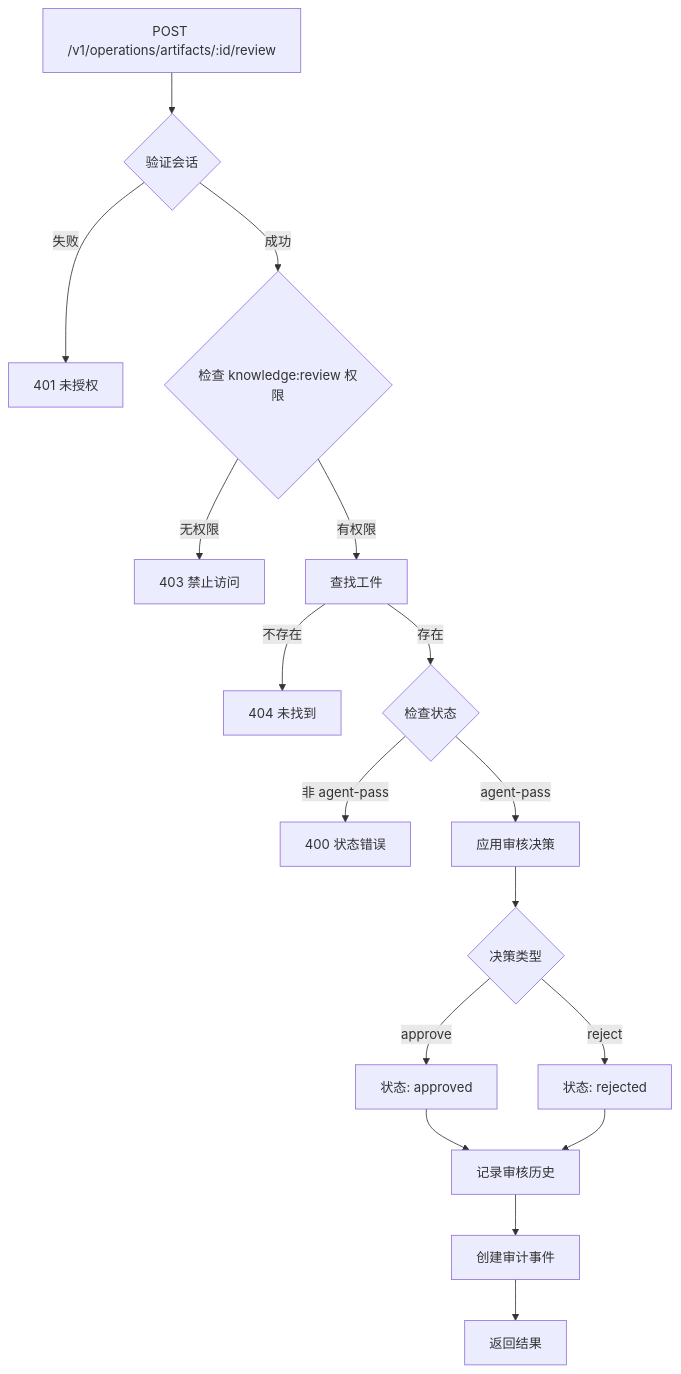
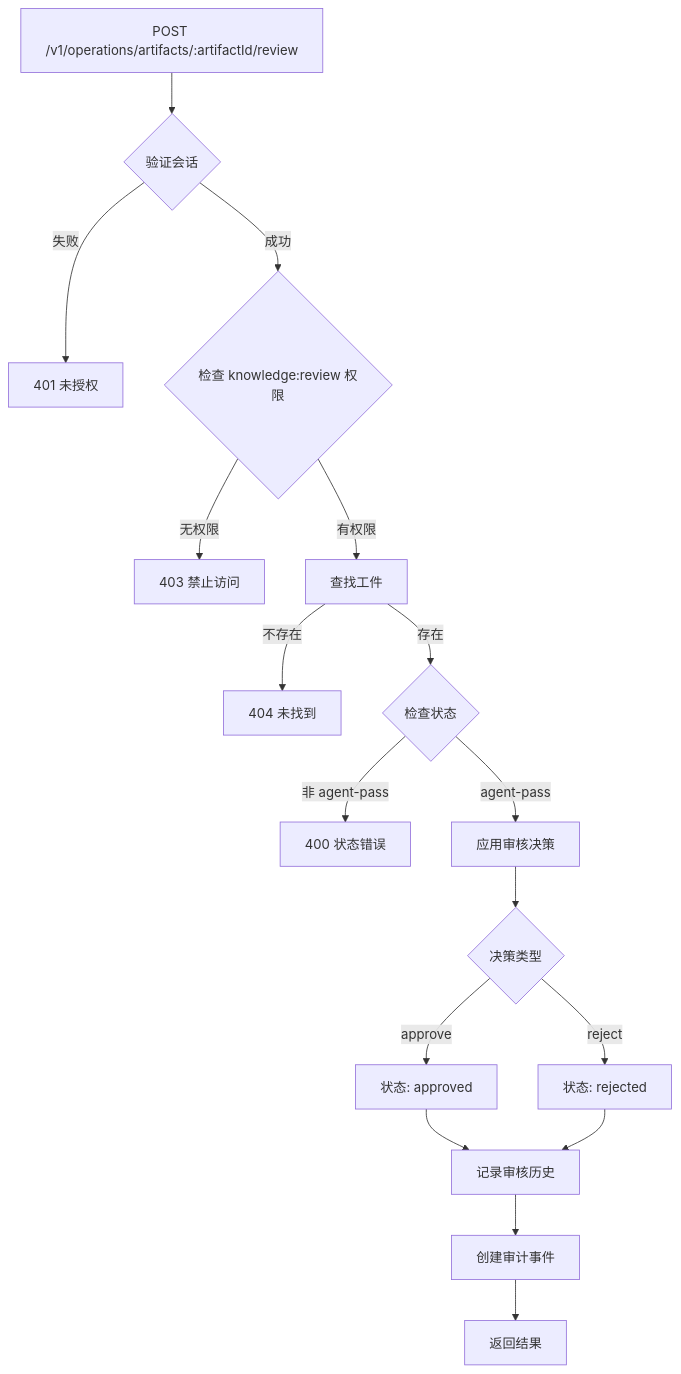
Before and after one commit to pofossette/TrapMap-for-vibing: the sixth of 7 diagrams in docs/architecture/components/ARTIFACTS.md, drawn with Mermaid. The commit also changed other lines of this file and 2 other files, not shown here.

````diff
--- a/docs/architecture/components/ARTIFACTS.md
+++ b/docs/architecture/components/ARTIFACTS.md
@@ -301,24 +301,24 @@
 ```mermaid
 flowchart TB
-    A[POST /v1/operations/artifacts/:id/review] --> B{验证会话}
+    A[POST /v1/operations/artifacts/:artifactId/review] --> B{验证会话}
     B -->|失败| C[401 未授权]
     B -->|成功| D{检查 knowledge:review 权限}
     D -->|无权限| E[403 禁止访问]
     D -->|有权限| F[查找工件]
     
     F -->|不存在| G[404 未找到]
     F -->|存在| H{检查状态}
     
     H -->|非 agent-pass| I[400 状态错误]
     H -->|agent-pass| J[应用审核决策]
     
     J --> K{决策类型}
     K -->|approve| L[状态: approved]
     K -->|reject| M[状态: rejected]
     
     L --> N[记录审核历史]
     M --> N
     
     N --> O[创建审计事件]
     O --> P[返回结果]
 ```
````
